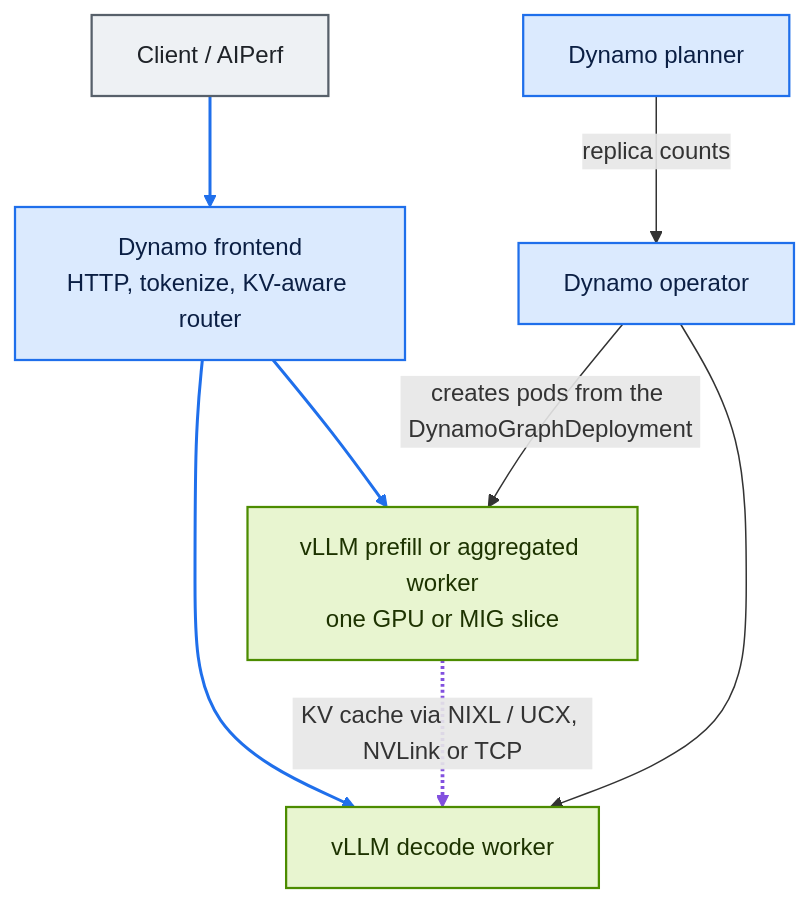
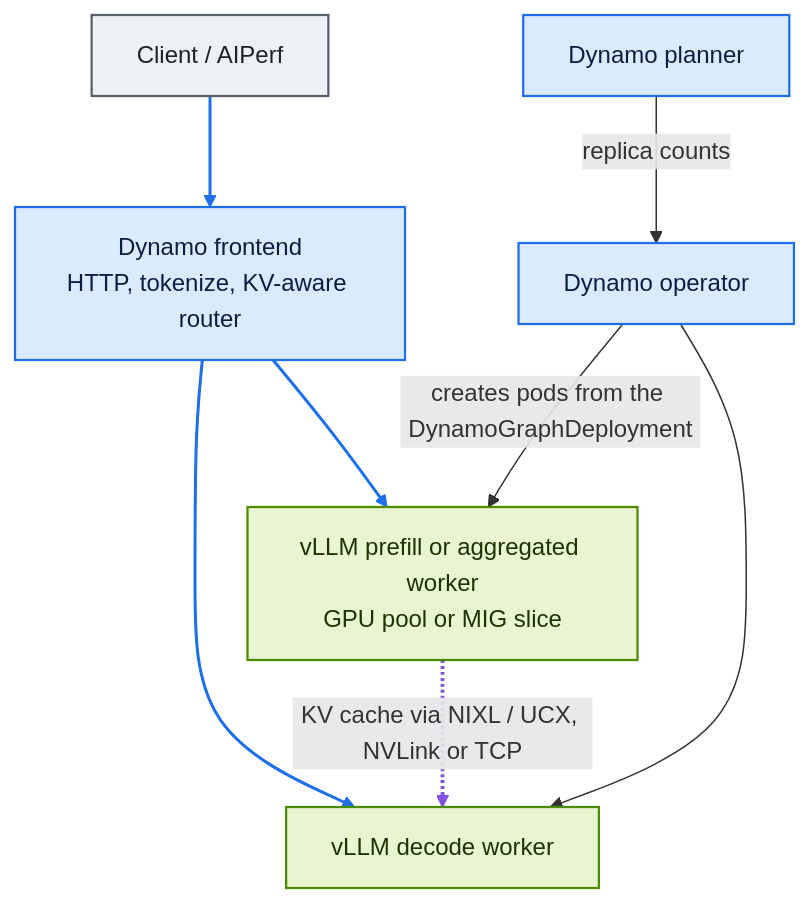
One commit to richajoy/dynamo-inference-lab changed the diagram in figures/diagrams/stack-overview.mmd. Above: the diagram before and after it, drawn with Mermaid. The commit also changed 3 other files, not shown here.

First line of the commit message:
docs: stack diagram labels the prefill/aggregated worker "GPU pool or MIG slice"

```diff
--- a/figures/diagrams/stack-overview.mmd
+++ b/figures/diagrams/stack-overview.mmd
@@ -1,19 +1,19 @@
 flowchart TB
     C[Client / AIPerf] --> F[Dynamo frontend<br/>HTTP, tokenize, KV-aware router]
-    F --> P[vLLM prefill or aggregated worker<br/>one GPU or MIG slice]
+    F --> P[vLLM prefill or aggregated worker<br/>GPU pool or MIG slice]
     F --> D[vLLM decode worker]
     P -.->|KV cache via NIXL / UCX, NVLink or TCP| D
     PL[Dynamo planner] -->|replica counts| OP[Dynamo operator]
     OP -->|creates pods from the DynamoGraphDeployment| P
     OP --> D
     classDef client fill:#eef1f4,stroke:#57606a,color:#1f2328,stroke-width:1.5px
     classDef dynamo fill:#dbeafe,stroke:#1f6feb,color:#0b1f44,stroke-width:1.5px
     classDef gpu fill:#e8f5d0,stroke:#4c8c00,color:#1d3300,stroke-width:1.5px
     classDef kv fill:#efe4ff,stroke:#8250df,color:#2d0f5c,stroke-width:1.5px
     classDef platform fill:#e6edf3,stroke:#6e7781,color:#1f2328,stroke-width:1.5px
     classDef obs fill:#fff4d6,stroke:#bf8700,color:#3d2a00,stroke-width:1.5px
     class C client
     class F,PL,OP dynamo
     class P,D gpu
     linkStyle 3 stroke:#8250df,stroke-width:2.5px
     linkStyle 0,1,2 stroke:#1f6feb,stroke-width:2px
```
